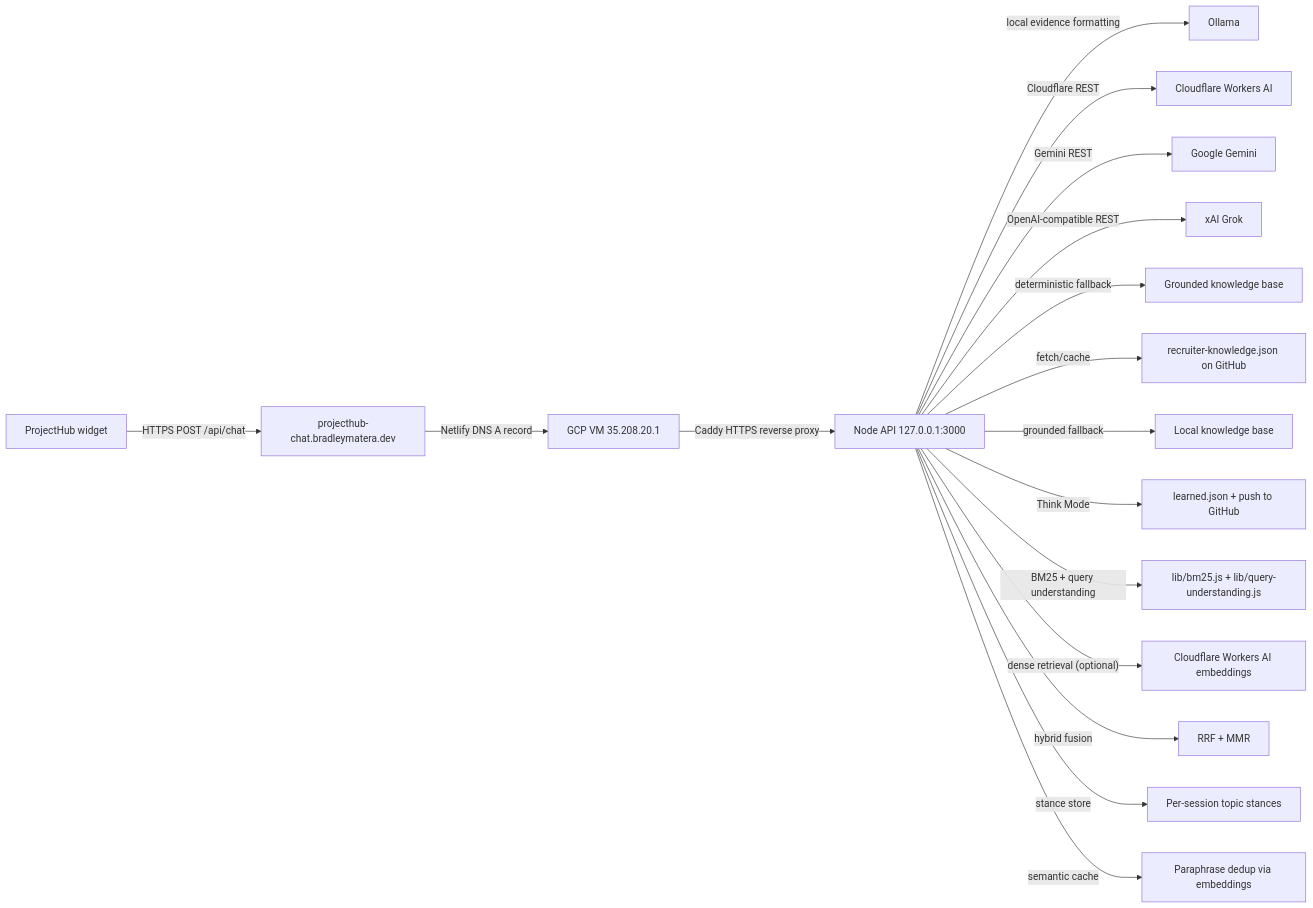
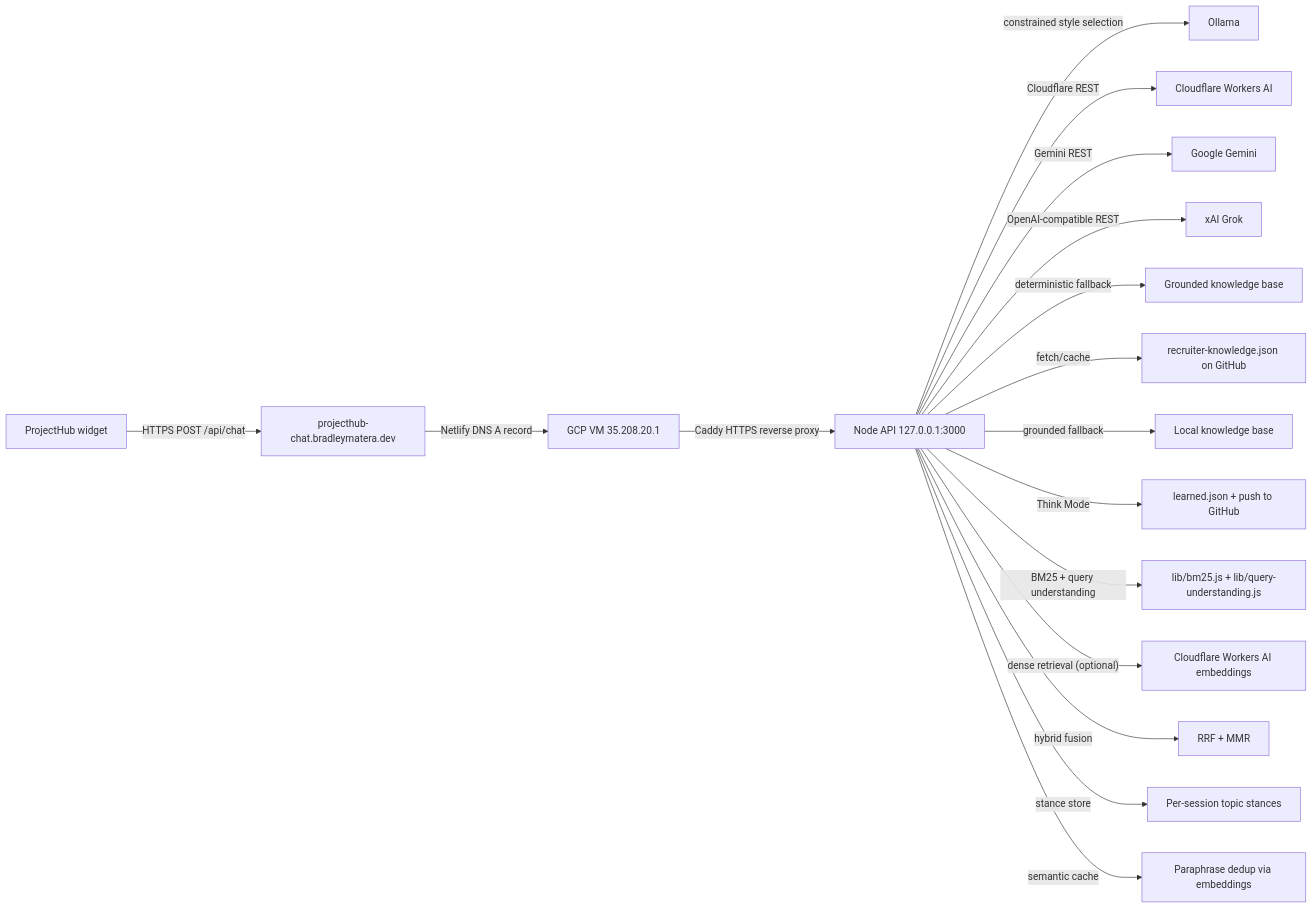
Before and after one commit to BradleyMatera/ProjectHub: the diagram in docs/backend-guide.md, drawn with Mermaid. The commit also changed 11 other files, not shown here.

Commit message:
fix: constrain local Ollama to safe control output

````diff
--- a/docs/backend-guide.md
+++ b/docs/backend-guide.md
@@ -30,19 +30,19 @@
 ```mermaid
 flowchart LR
   A[ProjectHub widget] -- HTTPS POST /api/chat --> B[projecthub-chat.bradleymatera.dev]
   B -- Netlify DNS A record --> C[GCP VM 35.208.20.1]
   C -- Caddy HTTPS reverse proxy --> D[Node API 127.0.0.1:3000]
-  D -- local evidence formatting --> E1[Ollama]
+  D -- constrained style selection --> E1[Ollama]
   D -- Cloudflare REST --> E2[Cloudflare Workers AI]
   D -- Gemini REST --> E3[Google Gemini]
   D -- OpenAI-compatible REST --> E4[xAI Grok]
   D -- deterministic fallback --> E5[Grounded knowledge base]
   D -- fetch/cache --> F[recruiter-knowledge.json on GitHub]
   D -- grounded fallback --> G[Local knowledge base]
   D -- Think Mode --> H[learned.json + push to GitHub]
   D -- BM25 + query understanding --> I[lib/bm25.js + lib/query-understanding.js]
   D -- dense retrieval (optional) --> J[Cloudflare Workers AI embeddings]
   D -- hybrid fusion --> K[RRF + MMR]
   D -- stance store --> L[Per-session topic stances]
   D -- semantic cache --> M[Paraphrase dedup via embeddings]
 ```
````
